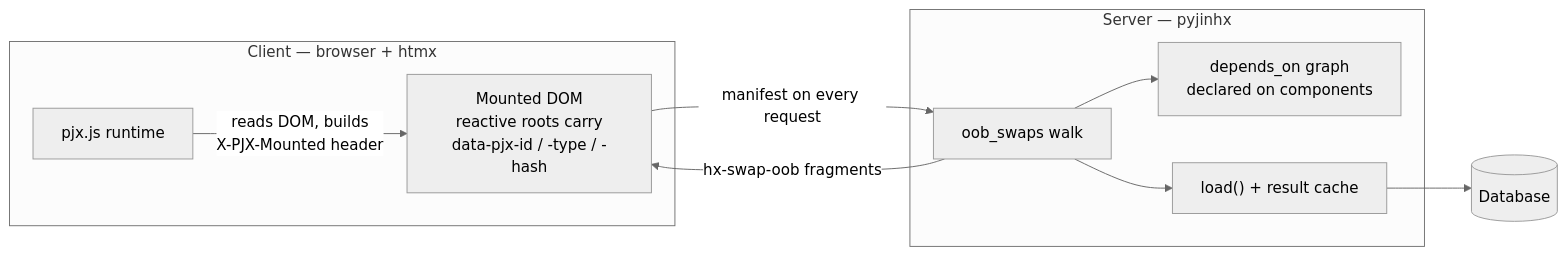
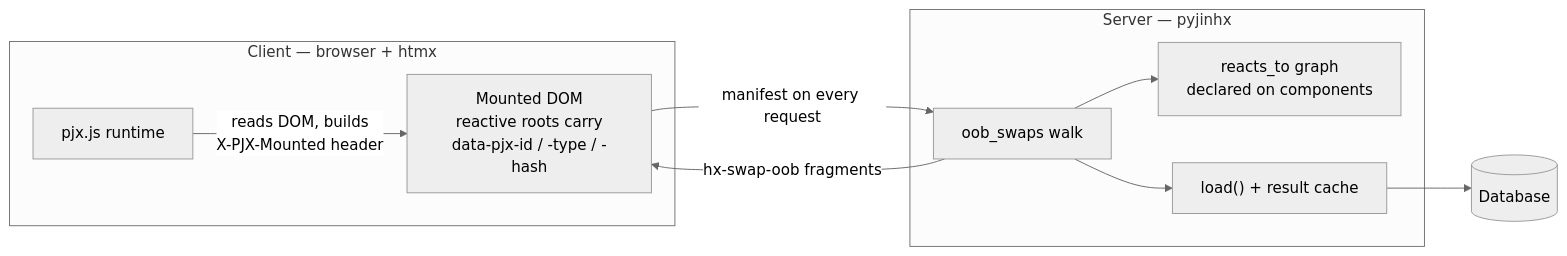
One commit to paulomtts/pyjinhx changed the first of 5 diagrams in docs/reactivity.md. Above: the diagram before and after it, drawn with Mermaid (neutral theme). The commit also changed other lines of this file and 14 other files, not shown here.

First line of the commit message:
refactor(reactive)!: rename depends_on to reacts_to

````diff
--- a/docs/reactivity.md
+++ b/docs/reactivity.md
@@ -178,19 +182,19 @@
 ```mermaid
 flowchart LR
     subgraph Client["Client — browser + htmx"]
       DOM["Mounted DOM<br/>reactive roots carry<br/>data-pjx-id / -type / -hash"]
       RT["pjx.js runtime"]
     end
     subgraph Server["Server — pyjinhx"]
-      G["depends_on graph<br/>declared on components"]
+      G["reacts_to graph<br/>declared on components"]
       W["oob_swaps walk"]
       L["load() + result cache"]
     end
     DB[("Database")]
 
     RT -->|"reads DOM, builds<br/>X-PJX-Mounted header"| DOM
     DOM -->|"manifest on every request"| W
     W --> G
     W --> L --> DB
     W -->|"hx-swap-oob fragments"| DOM
 ```
````
